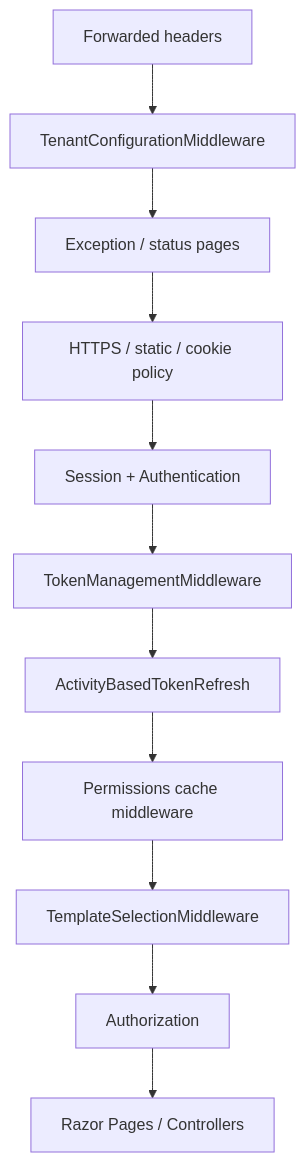
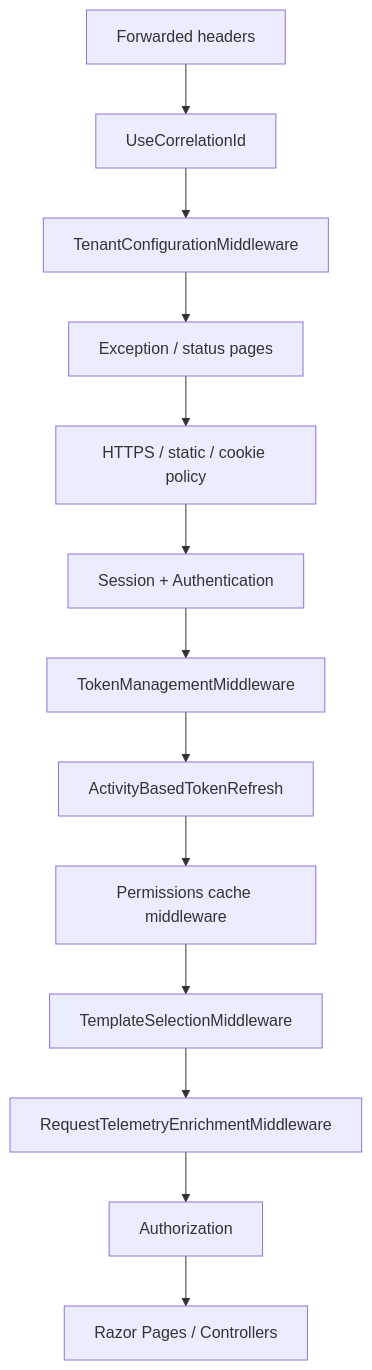
Before and after one commit to DFE-Digital/flexforms-web: the fifth of 6 diagrams in README.md, drawn with Mermaid. The commit also changed other lines of this file and 11 other files, not shown here.

````diff
--- a/README.md
+++ b/README.md
@@ -279,13 +338,15 @@
 ```mermaid
 flowchart TD
-    A[Forwarded headers] --> B[TenantConfigurationMiddleware]
-    B --> C[Exception / status pages]
-    C --> D[HTTPS / static / cookie policy]
-    D --> E[Session + Authentication]
-    E --> F[TokenManagementMiddleware]
-    F --> G[ActivityBasedTokenRefresh]
-    G --> H[Permissions cache middleware]
-    H --> I[TemplateSelectionMiddleware]
-    I --> J[Authorization]
-    J --> K[Razor Pages / Controllers]
+    A[Forwarded headers] --> B[UseCorrelationId]
+    B --> C[TenantConfigurationMiddleware]
+    C --> D[Exception / status pages]
+    D --> E[HTTPS / static / cookie policy]
+    E --> F[Session + Authentication]
+    F --> G[TokenManagementMiddleware]
+    G --> H[ActivityBasedTokenRefresh]
+    H --> I[Permissions cache middleware]
+    I --> J[TemplateSelectionMiddleware]
+    J --> K[RequestTelemetryEnrichmentMiddleware]
+    K --> L[Authorization]
+    L --> M[Razor Pages / Controllers]
 ```
````
